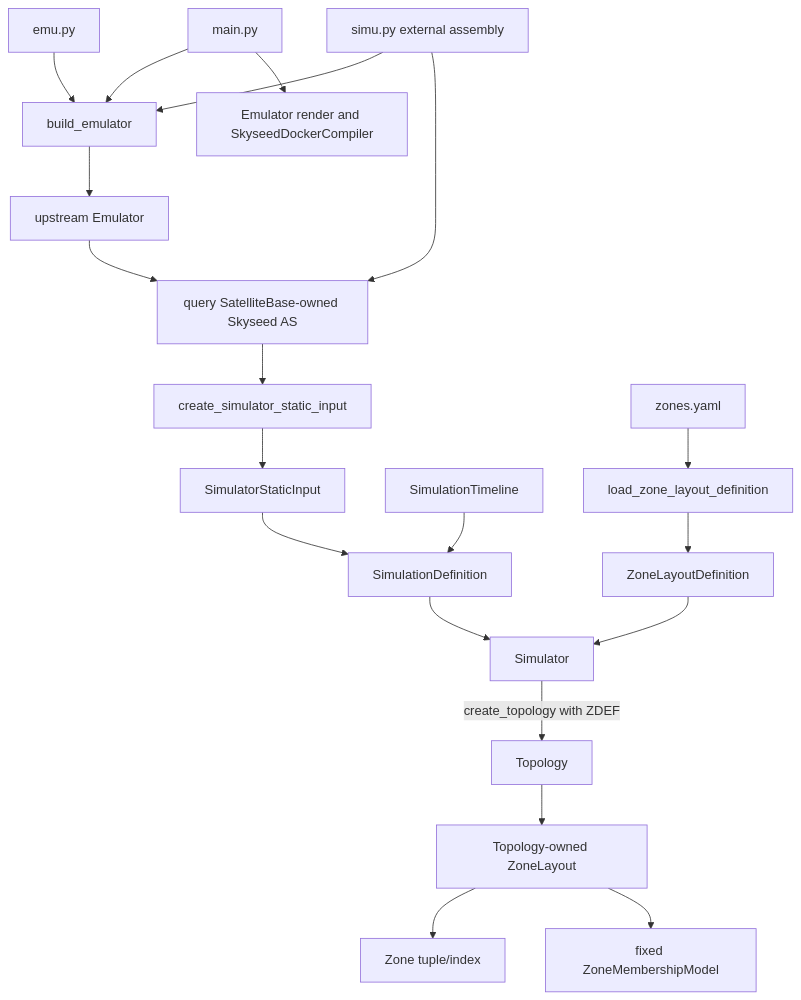
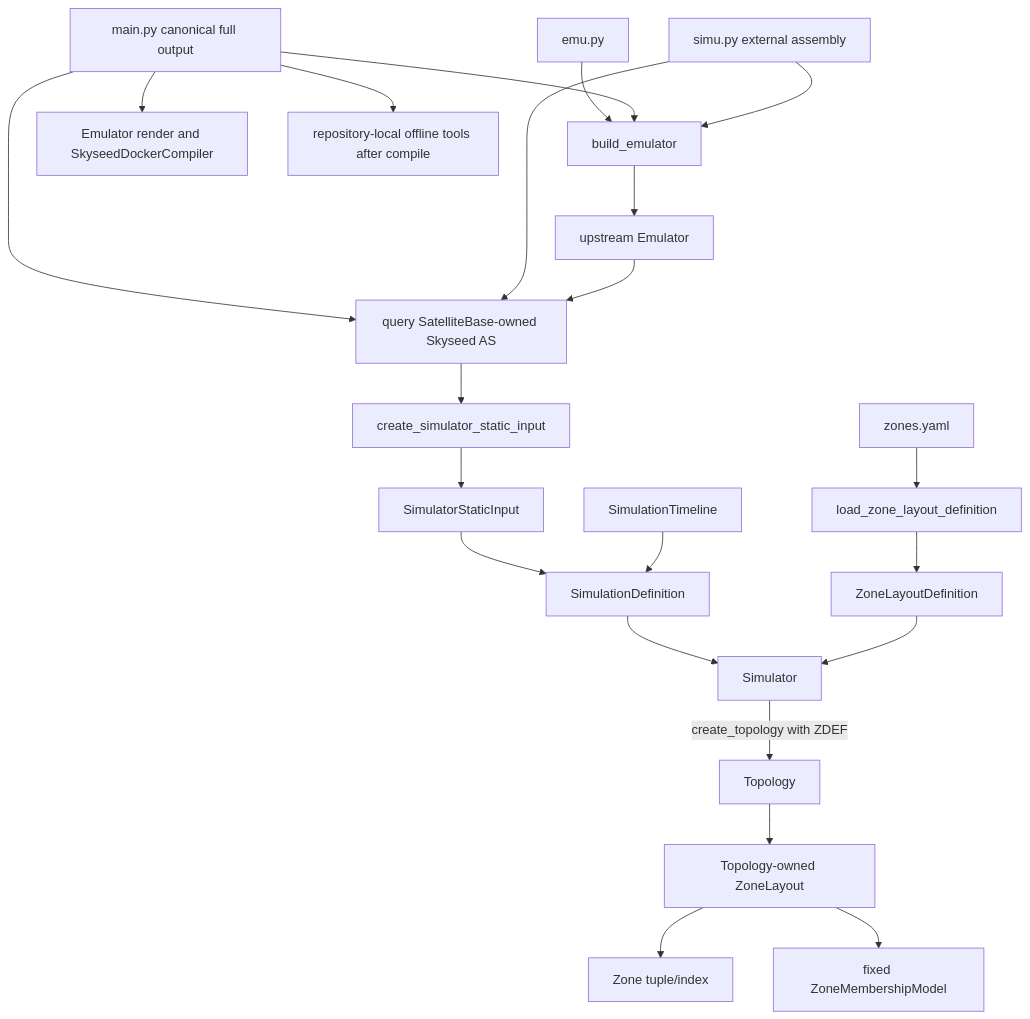
Before and after one commit to seed-labs/skyseed: the fourth of 9 diagrams in skyseed_v2/docs/architecture/diagrams.md, drawn with Mermaid. The commit also changed other lines of this file and 31 other files, not shown here.

````diff
--- a/skyseed_v2/docs/architecture/diagrams.md
+++ b/skyseed_v2/docs/architecture/diagrams.md
@@ -115,24 +115,26 @@
 ```mermaid
 flowchart TD
     EMU[emu.py] --> BUILD[build_emulator]
     BUILD --> UP[upstream Emulator]
 
-    MAIN[main.py] --> BUILD
+    MAIN[main.py canonical full output] --> BUILD
+    MAIN --> BASE
     MAIN --> RENDER[Emulator render and SkyseedDockerCompiler]
+    MAIN --> TOOLS[repository-local offline tools after compile]
 
     SIMU[simu.py external assembly] --> BUILD
     SIMU --> BASE[query SatelliteBase-owned Skyseed AS]
     UP --> BASE
     BASE --> ADAPT[create_simulator_static_input]
     ADAPT --> INPUT[SimulatorStaticInput]
     INPUT --> DEF[SimulationDefinition]
     TIMELINE[SimulationTimeline] --> DEF
     DEF --> SIM[Simulator]
     ZYAML[zones.yaml] --> ZLOAD[load_zone_layout_definition]
     ZLOAD --> ZDEF[ZoneLayoutDefinition]
     ZDEF --> SIM
     SIM -->|create_topology with ZDEF| TOP[Topology]
     TOP --> ZLAYOUT[Topology-owned ZoneLayout]
     ZLAYOUT --> ZONES[Zone tuple/index]
     ZLAYOUT --> MODEL[fixed ZoneMembershipModel]
 ```
````
